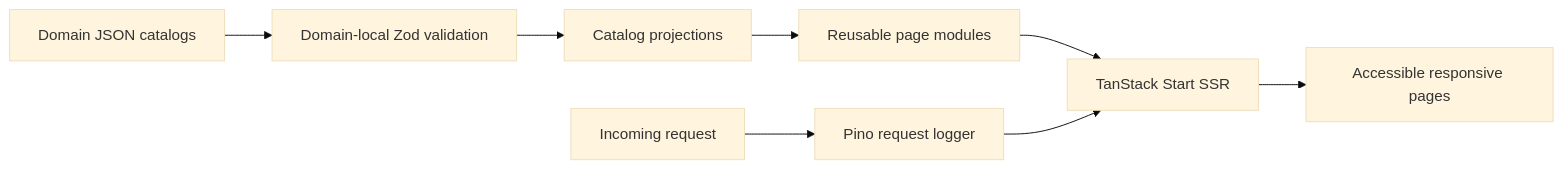
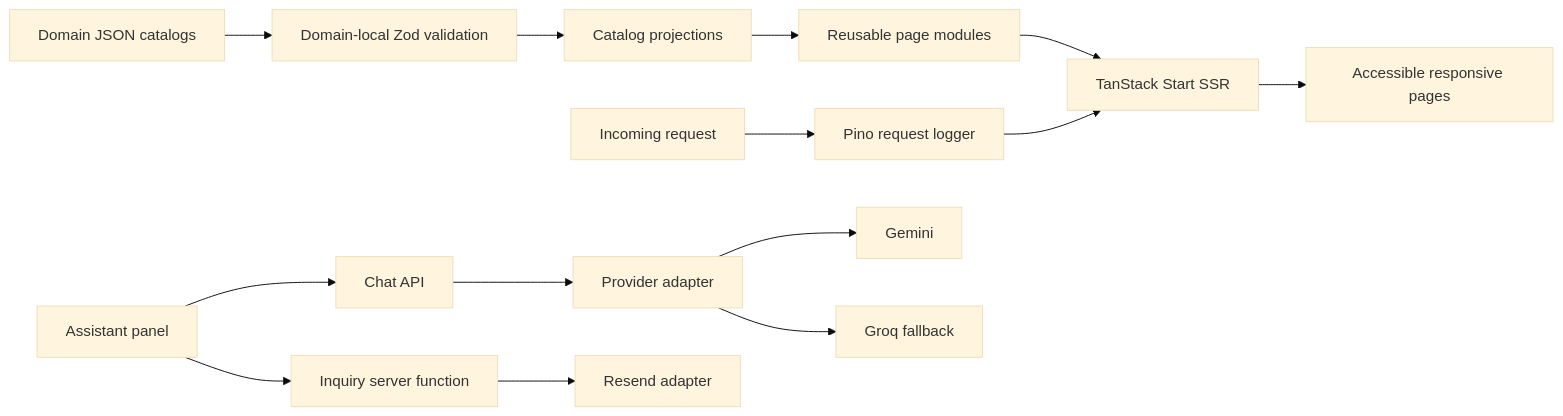
The diagram in README.md (montasim/v2), drawn with Mermaid (base theme) before and after one commit. The commit also changed other lines of this file and 35 other files, not shown here.

Commit message:
feat: add portfolio chat assistant

````diff
--- a/README.md
+++ b/README.md
@@ -77,10 +91,16 @@
 ```mermaid
 flowchart LR
     A[Domain JSON catalogs] --> B[Domain-local Zod validation]
     B --> C[Catalog projections]
     C --> D[Reusable page modules]
     D --> E[TanStack Start SSR]
     E --> H[Accessible responsive pages]
     F[Incoming request] --> G[Pino request logger]
     G --> E
+    I[Assistant panel] --> J[Chat API]
+    J --> K[Provider adapter]
+    K --> L[Gemini]
+    K --> M[Groq fallback]
+    I --> N[Inquiry server function]
+    N --> O[Resend adapter]
 ```
````
